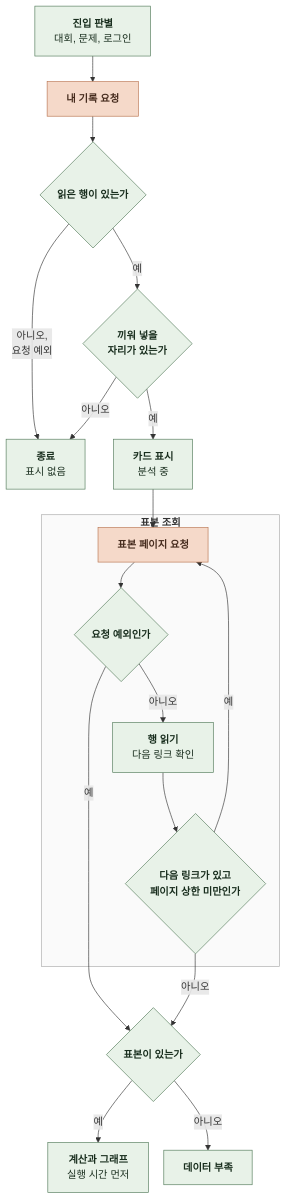
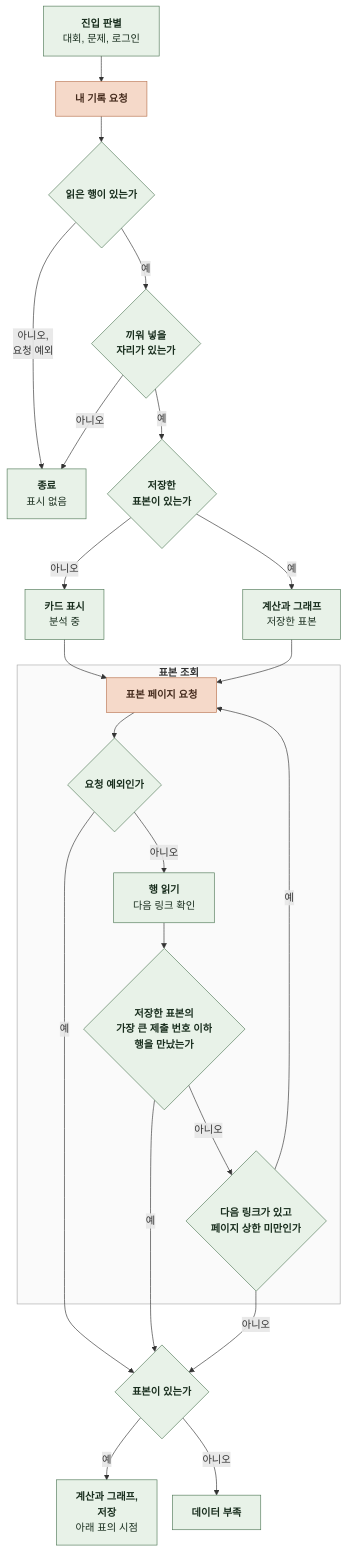
One commit to kangkyunghyun/boj-performance changed the diagram in docs/spec/4-4-EXECUTION.md. Above: the diagram before and after it, drawn with Mermaid. The commit also changed other lines of this file and 9 other files, not shown here.

````diff
--- a/docs/spec/4-4-EXECUTION.md
+++ b/docs/spec/4-4-EXECUTION.md
@@ -9,34 +9,44 @@
 ```mermaid
 %%{init: {"flowchart": {"curve": "basis", "nodeSpacing": 24, "rankSpacing": 40}}}%%
 flowchart TD
     A["`**진입 판별**
 대회, 문제, 로그인`"] --> M["`**내 기록 요청**`"]
     M --> MH{"`**읽은 행이 있는가**`"}
     MH -->|"`아니오,
 요청 예외`"| Z["`**종료**
 표시 없음`"]
     MH -->|예| I{"`**끼워 넣을
 자리가 있는가**`"}
     I -->|아니오| Z
-    I -->|예| K["`**카드 표시**
+    I -->|예| C{"`**저장한
+표본이 있는가**`"}
+    C -->|아니오| K["`**카드 표시**
 분석 중`"]
+    C -->|예| CD["`**계산과 그래프**
+저장한 표본`"]
     K --> S
+    CD --> S
     subgraph LOOP["`**표본 조회**`"]
         S["`**표본 페이지 요청**`"] --> SE{"`**요청 예외인가**`"}
         SE -->|아니오| SR["`**행 읽기**
 다음 링크 확인`"]
-        SR --> SN{"`**다음 링크가 있고
+        SR --> ST{"`**저장한 표본의
+가장 큰 제출 번호 이하
+행을 만났는가**`"}
+        ST -->|아니오| SN{"`**다음 링크가 있고
 페이지 상한 미만인가**`"}
         SN -->|예| S
     end
     SE -->|예| N
+    ST -->|예| N
     SN -->|아니오| N{"`**표본이 있는가**`"}
-    N -->|예| D["`**계산과 그래프**
-실행 시간 먼저`"]
+    N -->|예| D["`**계산과 그래프,
+저장**
+아래 표의 시점`"]
     N -->|아니오| F["`**데이터 부족**`"]
     classDef comp fill:#E8F2E8,stroke:#527A59,color:#182D1D
     classDef ext fill:#F5D9C9,stroke:#B97450,color:#452B1D
-    class A,MH,I,K,SE,SR,SN,N,D,F,Z comp
+    class A,MH,I,C,K,CD,SE,SR,ST,SN,N,D,F,Z comp
     class M,S ext
     style LOOP fill:#FAFAFA,stroke:#AAAAAA
 ```
````
